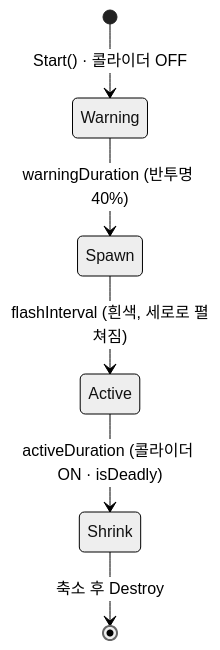
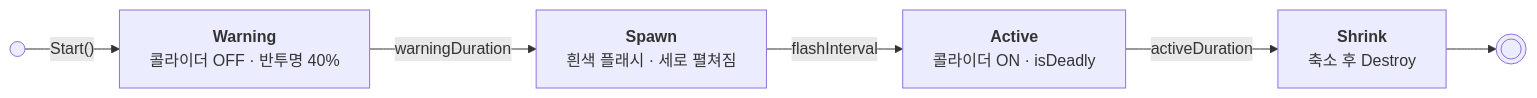
The fourth of 8 diagrams in src/1-Just-Shapes-And-Beats/JSAB기술문서.md (crescentyun-stack/Portfolio), drawn with Mermaid before and after one commit. The commit also changed other lines of this file, not shown here.

````diff
--- a/src/1-Just-Shapes-And-Beats/JSAB기술문서.md
+++ b/src/1-Just-Shapes-And-Beats/JSAB기술문서.md
@@ -351,9 +335,8 @@
 ```mermaid
-%%{init: {'theme':'neutral'}}%%
-stateDiagram-v2
-    [*] --> Warning : Start() · 콜라이더 OFF
-    Warning --> Spawn : warningDuration (반투명 40%)
-    Spawn --> Active : flashInterval (흰색, 세로로 펼쳐짐)
-    Active --> Shrink : activeDuration (콜라이더 ON · isDeadly)
-    Shrink --> [*] : 축소 후 Destroy
+flowchart LR
+    Start(( )) -- "Start()" --> Warning
+Warning["<b>Warning</b><br/>콜라이더 OFF · 반투명 40%"] -- "warningDuration" --> Spawn
+Spawn["<b>Spawn</b><br/>흰색 플래시 · 세로 펼쳐짐"] -- "flashInterval" --> Active
+Active["<b>Active</b><br/>콜라이더 ON · isDeadly"] -- "activeDuration" --> Shrink
+Shrink["<b>Shrink</b><br/>축소 후 Destroy"] --> End((( )))
 ```
````
